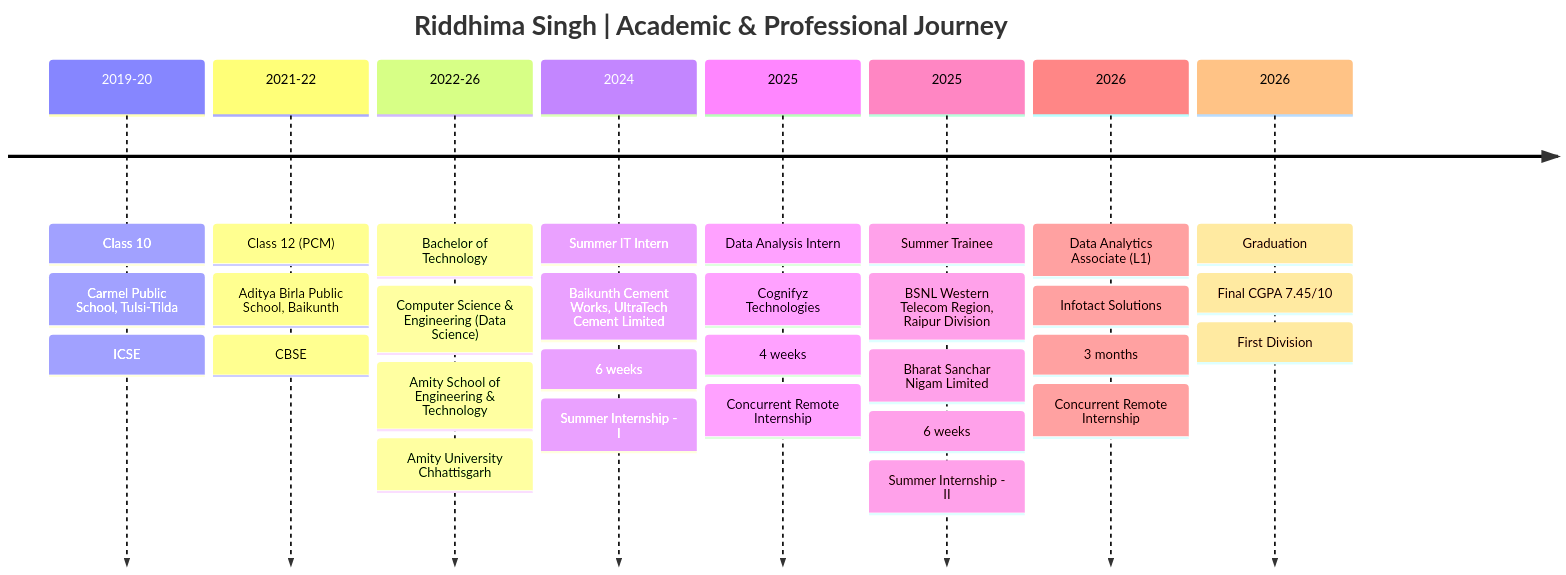
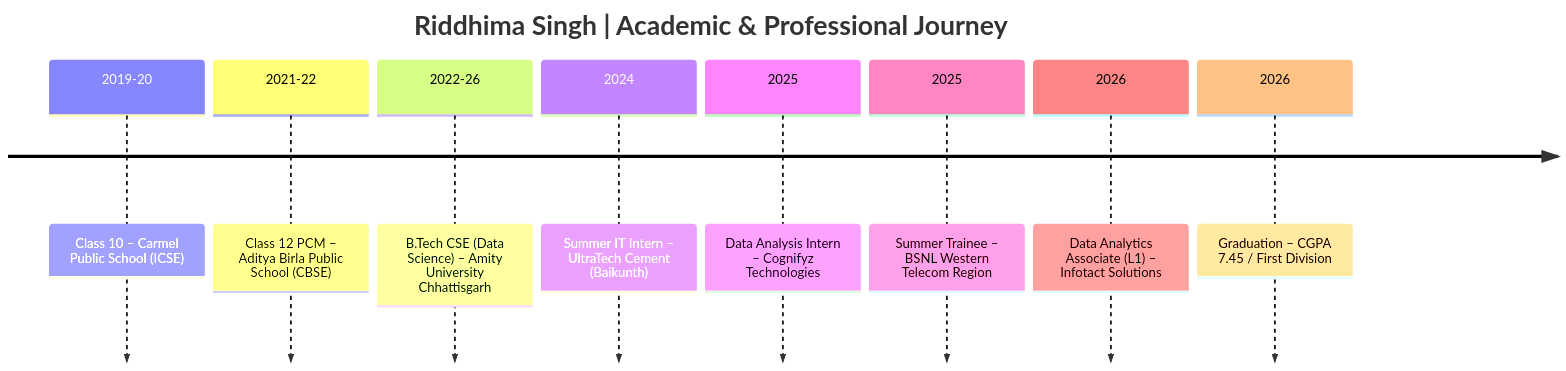
Before and after one commit to Riddhis2226/Riddhis2226: the diagram in README.md, drawn with Mermaid. The commit also changed other lines of this file, not shown here.

````diff
--- a/README.md
+++ b/README.md
@@ -291,34 +268,12 @@
 ```mermaid
 timeline
     title Riddhima Singh | Academic & Professional Journey
-    2019-20 : Class 10
-             : Carmel Public School, Tulsi-Tilda
-             : ICSE
-    2021-22 : Class 12 (PCM)
-             : Aditya Birla Public School, Baikunth
-             : CBSE
-    2022-26 : Bachelor of Technology
-             : Computer Science & Engineering (Data Science)
-             : Amity School of Engineering & Technology
-             : Amity University Chhattisgarh
-    2024 : Summer IT Intern
-         : Baikunth Cement Works, UltraTech Cement Limited
-         : 6 weeks
-         : Summer Internship - I
-    2025 : Data Analysis Intern
-         : Cognifyz Technologies
-         : 4 weeks
-         : Concurrent Remote Internship
-    2025 : Summer Trainee
-         : BSNL Western Telecom Region, Raipur Division
-         : Bharat Sanchar Nigam Limited
-         : 6 weeks
-         : Summer Internship - II
-    2026 : Data Analytics Associate (L1)
-         : Infotact Solutions
-         : 3 months
-         : Concurrent Remote Internship
-    2026 : Graduation
-         : Final CGPA 7.45/10
-         : First Division
+    2019-20 : Class 10 – Carmel Public School (ICSE)
+    2021-22 : Class 12 PCM – Aditya Birla Public School (CBSE)
+    2022-26 : B.Tech CSE (Data Science) – Amity University Chhattisgarh
+    2024 : Summer IT Intern – UltraTech Cement (Baikunth)
+    2025 : Data Analysis Intern – Cognifyz Technologies
+    2025 : Summer Trainee – BSNL Western Telecom Region
+    2026 : Data Analytics Associate (L1) – Infotact Solutions
+    2026 : Graduation – CGPA 7.45 / First Division
 ```
````
